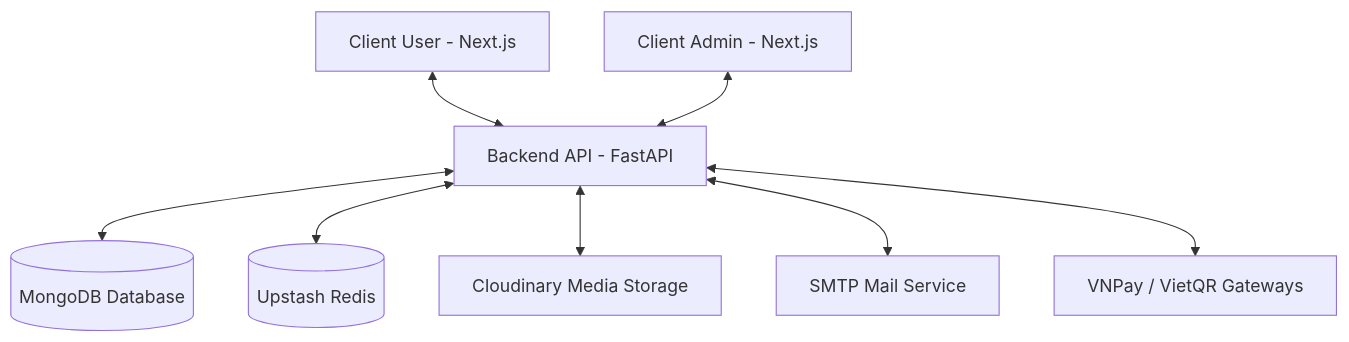
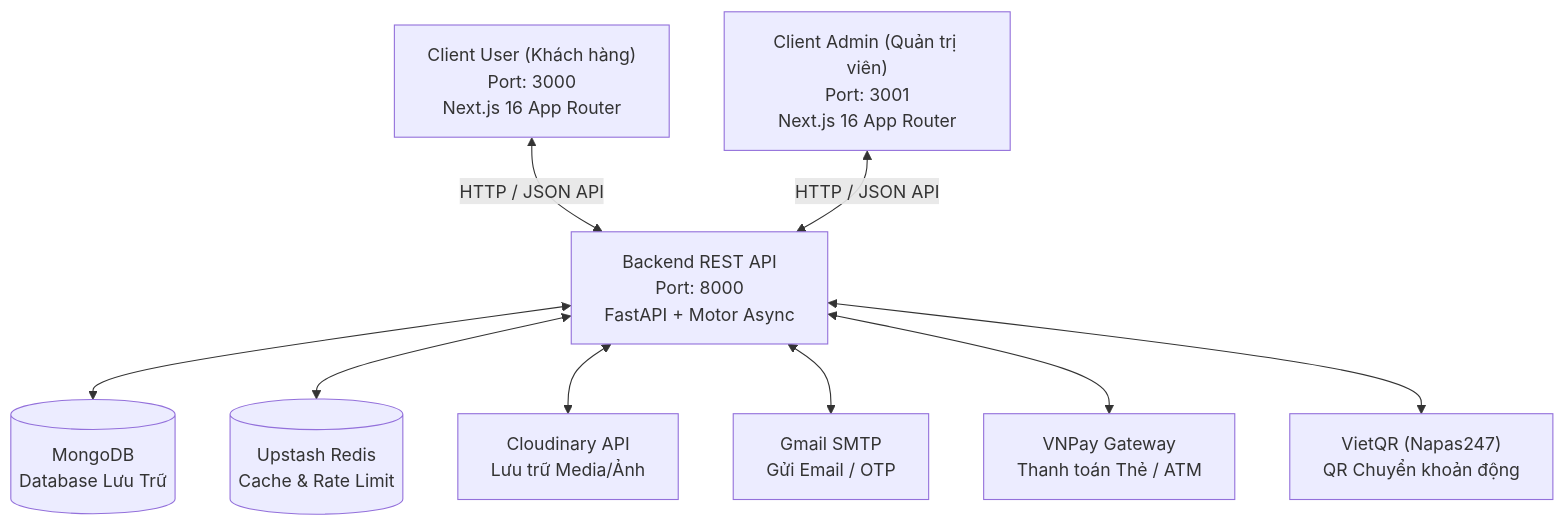
The diagram in README.md (duc-1001/Web_TMDT), drawn with Mermaid before and after one commit. The commit also changed other lines of this file and 17 other files, not shown here.

````diff
--- a/README.md
+++ b/README.md
@@ -11,10 +26,22 @@
 ```mermaid
 graph TD
-    UserClient[Client User - Next.js] <--> Backend[Backend API - FastAPI]
-    AdminClient[Client Admin - Next.js] <--> Backend
-    Backend <--> MongoDB[(MongoDB Database)]
-    Backend <--> Redis[(Upstash Redis)]
-    Backend <--> Cloudinary[Cloudinary Media Storage]
-    Backend <--> SMTP[SMTP Mail Service]
-    Backend <--> VNPay[VNPay / VietQR Gateways]
+    User["Client User (Khách hàng)<br/>Port: 3000<br/>Next.js 16 App Router"]
+    Admin["Client Admin (Quản trị viên)<br/>Port: 3001<br/>Next.js 16 App Router"]
+    Backend["Backend REST API<br/>Port: 8000<br/>FastAPI + Motor Async"]
+
+    MongoDB[("MongoDB<br/>Database Lưu Trữ")]
+    Redis[("Upstash Redis<br/>Cache & Rate Limit")]
+    Cloudinary["Cloudinary API<br/>Lưu trữ Media/Ảnh"]
+    SMTP["Gmail SMTP<br/>Gửi Email / OTP"]
+    VNPay["VNPay Gateway<br/>Thanh toán Thẻ / ATM"]
+    VietQR["VietQR (Napas247)<br/>QR Chuyển khoản động"]
+
+    User <-->|HTTP / JSON API| Backend
+    Admin <-->|HTTP / JSON API| Backend
+    Backend <--> MongoDB
+    Backend <--> Redis
+    Backend <--> Cloudinary
+    Backend <--> SMTP
+    Backend <--> VNPay
+    Backend <--> VietQR
 ```
````
